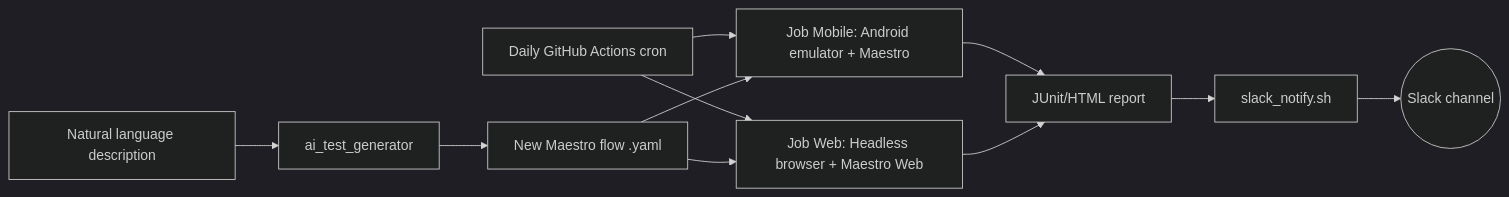
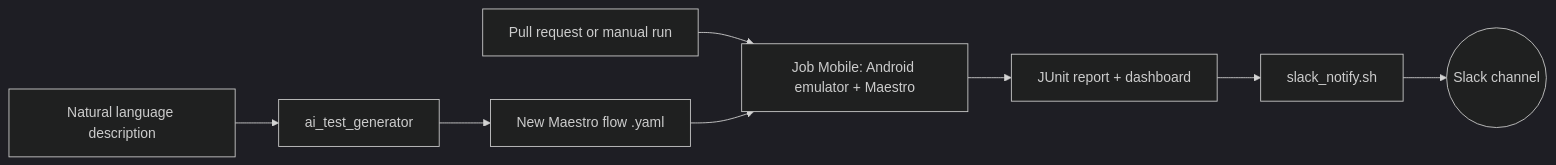
The diagram in README.md (gustavaom7/maestro-mobile-ai-qa), drawn with Mermaid (dark theme) before and after one commit. The commit also changed other lines of this file and 31 other files, not shown here.

First line of the commit message:
Describe the flows as they are: no "auto-healing", no invented metrics

````diff
--- a/README.md
+++ b/README.md
@@ -40,13 +40,10 @@
 ```mermaid
 flowchart LR
-    A[Daily GitHub Actions cron] --> B[Job Mobile: Android emulator + Maestro]
-    A --> C[Job Web: Headless browser + Maestro Web]
-    B --> D[JUnit/HTML report]
-    C --> D
+    A[Pull request or manual run] --> B[Job Mobile: Android emulator + Maestro]
+    B --> D[JUnit report + dashboard]
     D --> E[slack_notify.sh]
     E --> F((Slack channel))
     G[Natural language description] --> H[ai_test_generator]
     H --> I[New Maestro flow .yaml]
     I --> B
-    I --> C
 ```
````
